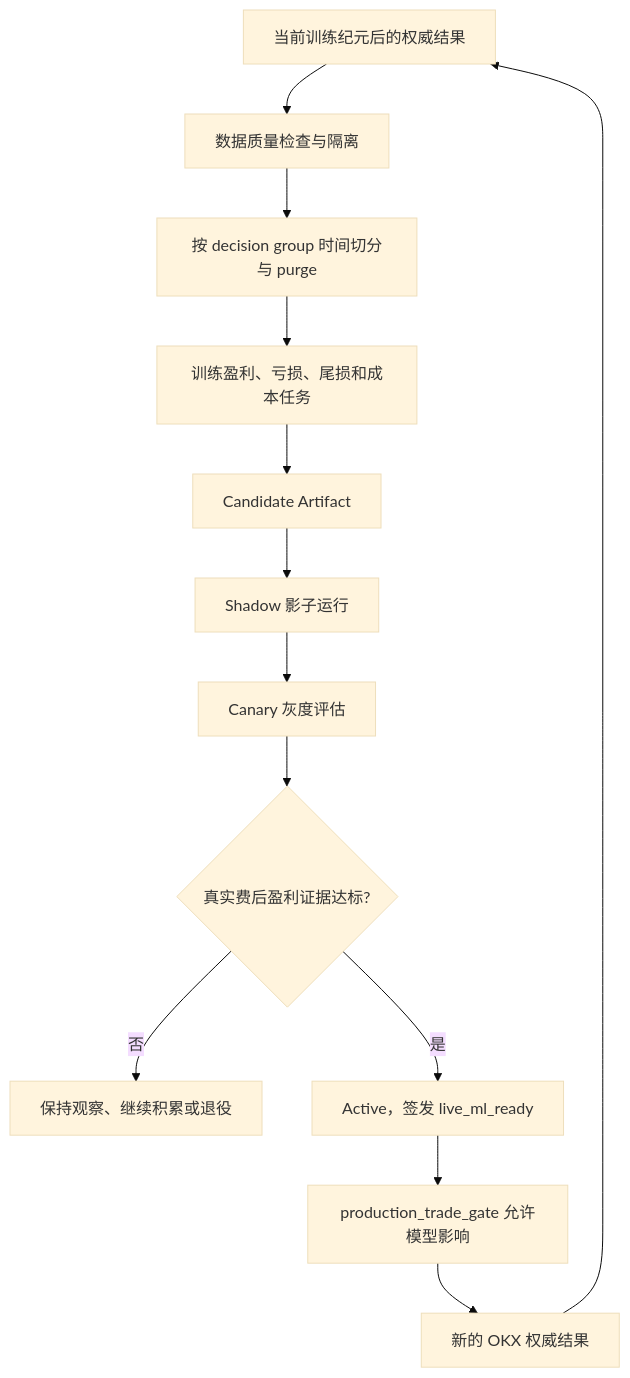
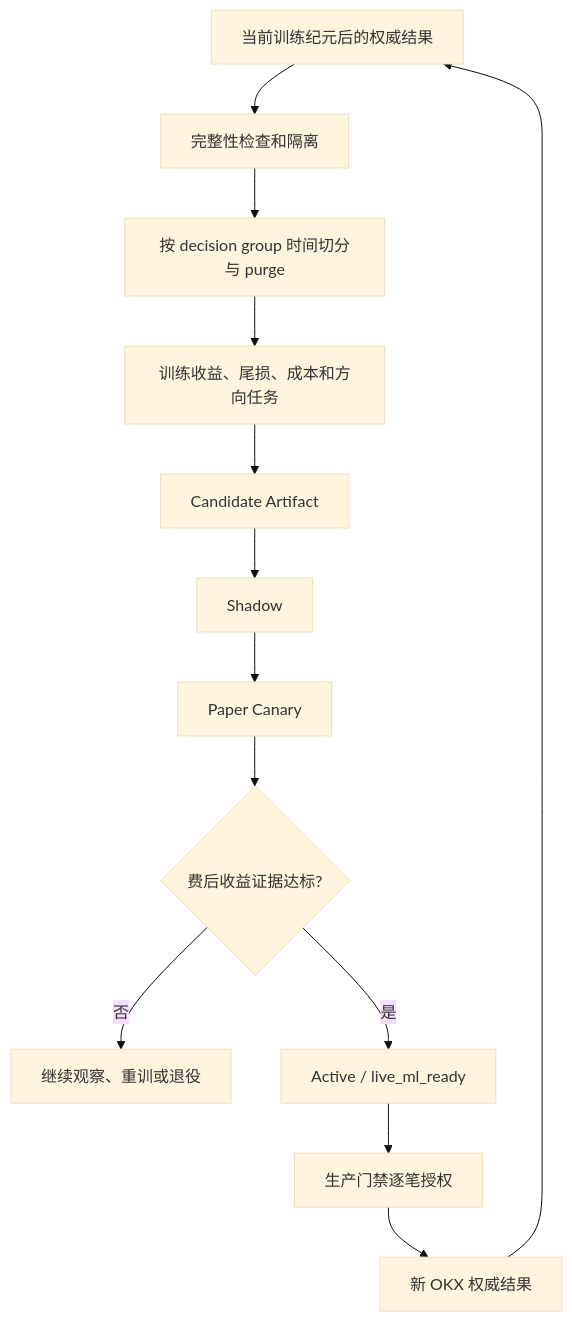
One commit to xyuun188/bb changed the third of 5 diagrams in docs/system_business_logic_tech_stack_models_2026-07-26.md. Above: the diagram before and after it, drawn with Mermaid (base theme). The commit also changed other lines of this file, not shown here.

````diff
--- a/docs/system_business_logic_tech_stack_models_2026-07-26.md
+++ b/docs/system_business_logic_tech_stack_models_2026-07-26.md
@@ -288,15 +401,15 @@
 ```mermaid
 flowchart TD
-    A["当前训练纪元后的权威结果"] --> B["数据质量检查与隔离"]
+    A["当前训练纪元后的权威结果"] --> B["完整性检查和隔离"]
     B --> C["按 decision group 时间切分与 purge"]
-    C --> D["训练盈利、亏损、尾损和成本任务"]
+    C --> D["训练收益、尾损、成本和方向任务"]
     D --> E["Candidate Artifact"]
-    E --> F["Shadow 影子运行"]
-    F --> G["Canary 灰度评估"]
-    G --> H{"真实费后盈利证据达标?"}
-    H -->|"否"| I["保持观察、继续积累或退役"]
-    H -->|"是"| J["Active，签发 live_ml_ready"]
-    J --> K["production_trade_gate 允许模型影响"]
-    K --> L["新的 OKX 权威结果"]
+    E --> F["Shadow"]
+    F --> G["Paper Canary"]
+    G --> H{"费后收益证据达标?"}
+    H -->|"否"| I["继续观察、重训或退役"]
+    H -->|"是"| J["Active / live_ml_ready"]
+    J --> K["生产门禁逐笔授权"]
+    K --> L["新 OKX 权威结果"]
     L --> A
 ```
````
